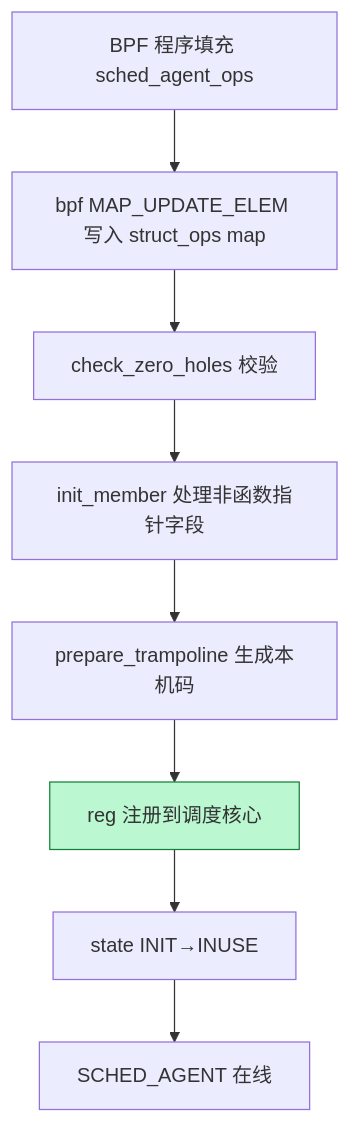
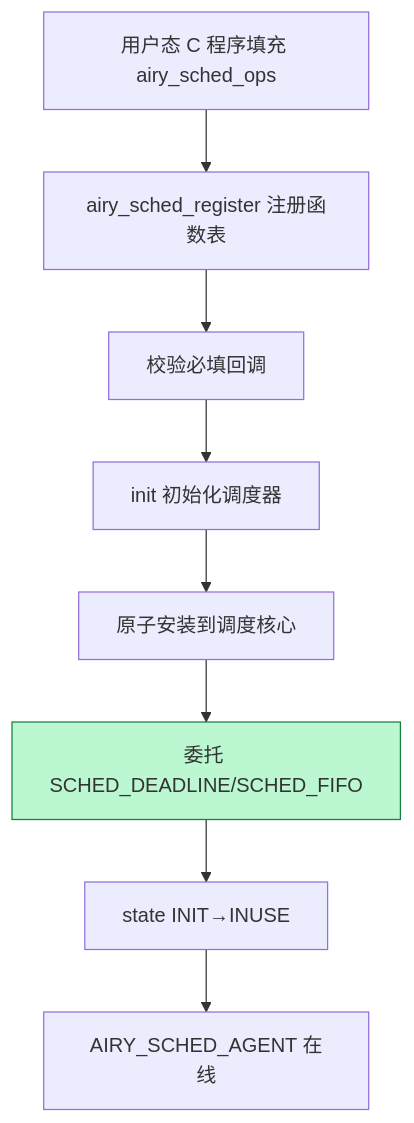
The fifth of 6 diagrams in AirymaxOS/90-observability/02-ebpf-probes.md (openairymax/docs), drawn with Mermaid before and after one commit. The commit also changed other lines of this file and 115 other files, not shown here.

````diff
--- a/AirymaxOS/90-observability/02-ebpf-probes.md
+++ b/AirymaxOS/90-observability/02-ebpf-probes.md
@@ -416,11 +416,11 @@
 ```mermaid
 graph TD
-    A[BPF 程序填充 sched_agent_ops] --> B[bpf MAP_UPDATE_ELEM 写入 struct_ops map]
-    B --> C[check_zero_holes 校验]
-    C --> D[init_member 处理非函数指针字段]
-    D --> E[prepare_trampoline 生成本机码]
-    E --> F[reg 注册到调度核心]
+    A[用户态 C 程序填充 airy_sched_ops] --> B[airy_sched_register 注册函数表]
+    B --> C[校验必填回调]
+    C --> D[init 初始化调度器]
+    D --> E[原子安装到调度核心]
+    E --> F[委托 SCHED_DEADLINE/SCHED_FIFO]
     F --> G[state INIT→INUSE]
-    G --> H[SCHED_AGENT 在线]
+    G --> H[AIRY_SCHED_AGENT 在线]
     style F fill:#bbf7d0,stroke:#15803d
 ```
````
